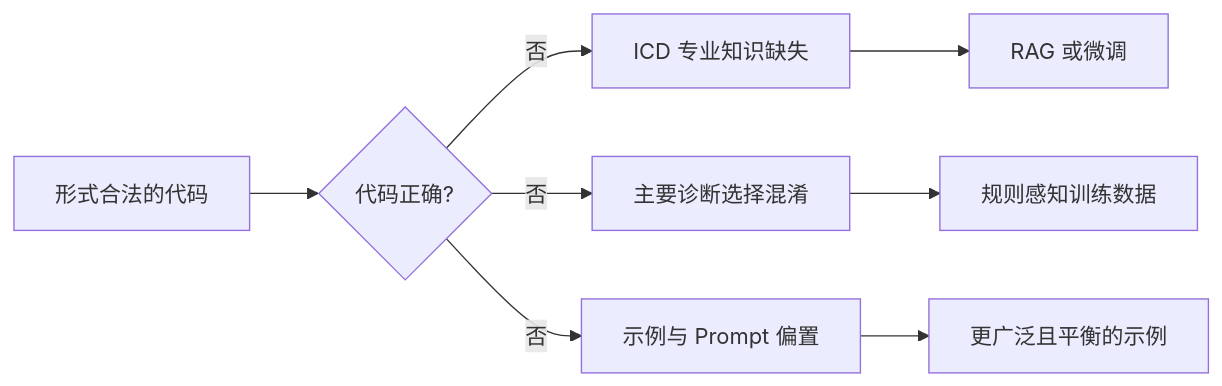
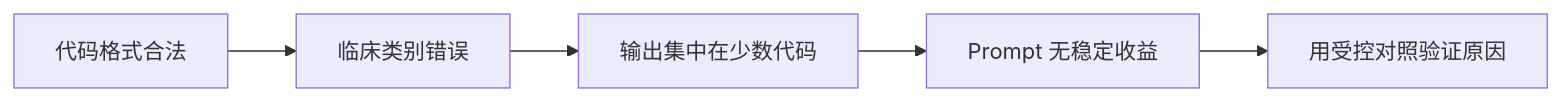
One commit to Kandasorat/Kandasorat changed the second of 2 diagrams in projects/icd-coding.zh-CN.md. Above: the diagram before and after it, drawn with Mermaid. The commit also changed other lines of this file and 1 other file, not shown here.

Commit message:
docs: clarify ICD coding error analysis

````diff
--- a/projects/icd-coding.zh-CN.md
+++ b/projects/icd-coding.zh-CN.md
@@ -97,10 +112,7 @@
 ```mermaid
 flowchart LR
-    A[形式合法的代码] --> B{代码正确?}
-    B -->|否| C[ICD 专业知识缺失]
-    B -->|否| D[主要诊断选择混淆]
-    B -->|否| E[示例与 Prompt 偏置]
-    C --> F[RAG 或微调]
-    D --> G[规则感知训练数据]
-    E --> H[更广泛且平衡的示例]
+    A[代码格式合法] --> B[临床类别错误]
+    B --> C[输出集中在少数代码]
+    C --> D[Prompt 无稳定收益]
+    D --> E[用受控对照验证原因]
 ```
````
